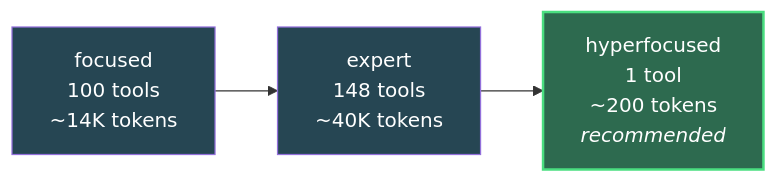
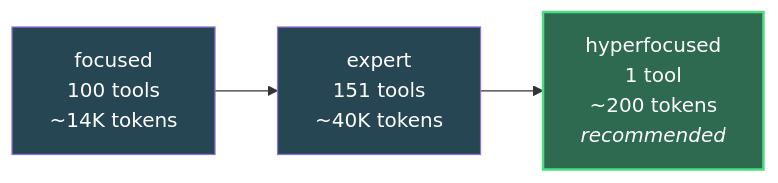
One commit to oisee/vibing-steampunk changed the third of 3 diagrams in README.md. Above: the diagram before and after it, drawn with Mermaid. The commit also changed other lines of this file and 25 other files, not shown here.

````diff
--- a/README.md
+++ b/README.md
@@ -1484,8 +1484,8 @@
 ```mermaid
 graph LR
-    F["focused<br/>100 tools<br/>~14K tokens"] --> E["expert<br/>148 tools<br/>~40K tokens"]
+    F["focused<br/>100 tools<br/>~14K tokens"] --> E["expert<br/>151 tools<br/>~40K tokens"]
     E --> H["hyperfocused<br/>1 tool<br/>~200 tokens<br/><i>recommended</i>"]
     style H fill:#2d6a4f,color:#fff,stroke:#4ade80,stroke-width:2px
     style F fill:#264653,color:#fff
     style E fill:#264653,color:#fff
 ```
````
